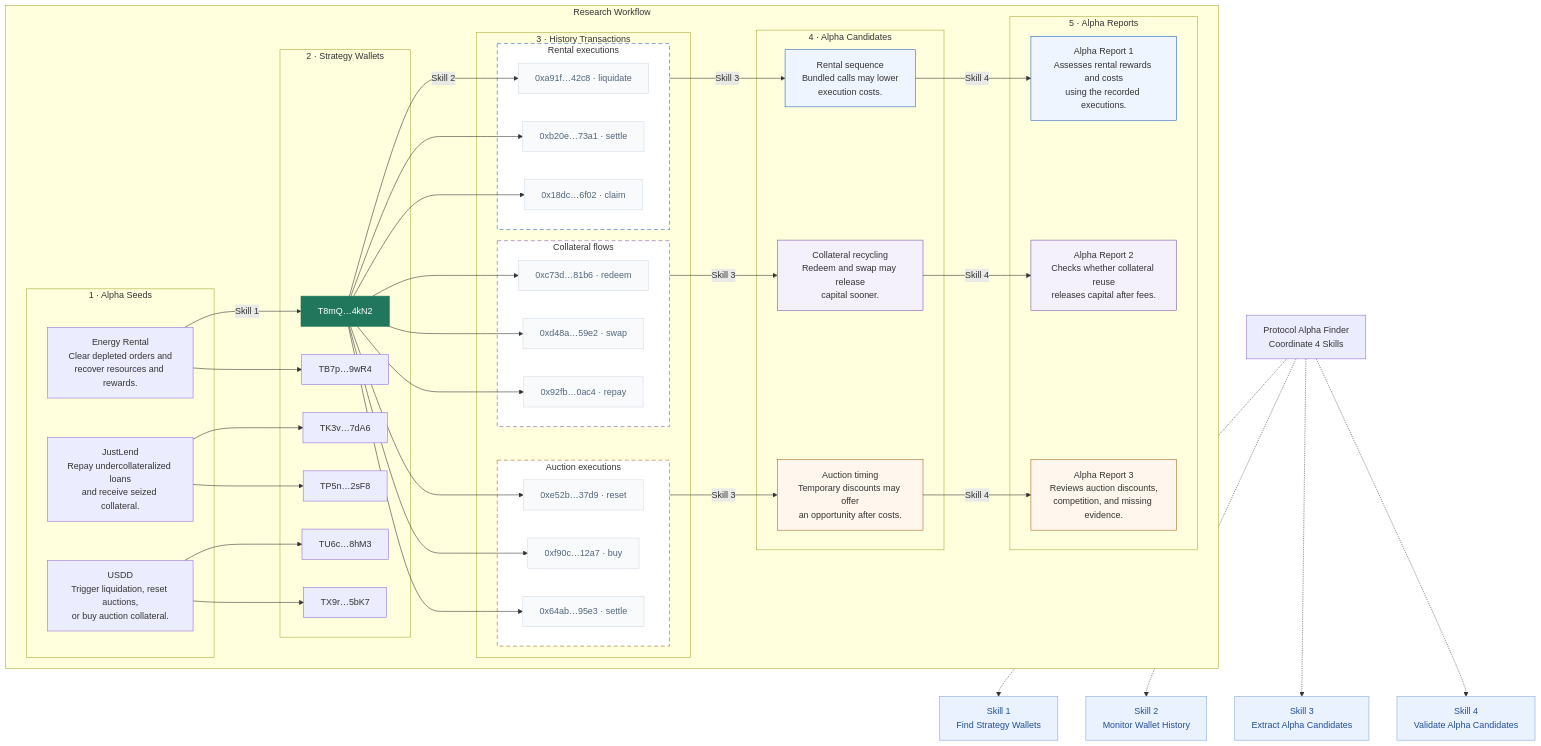
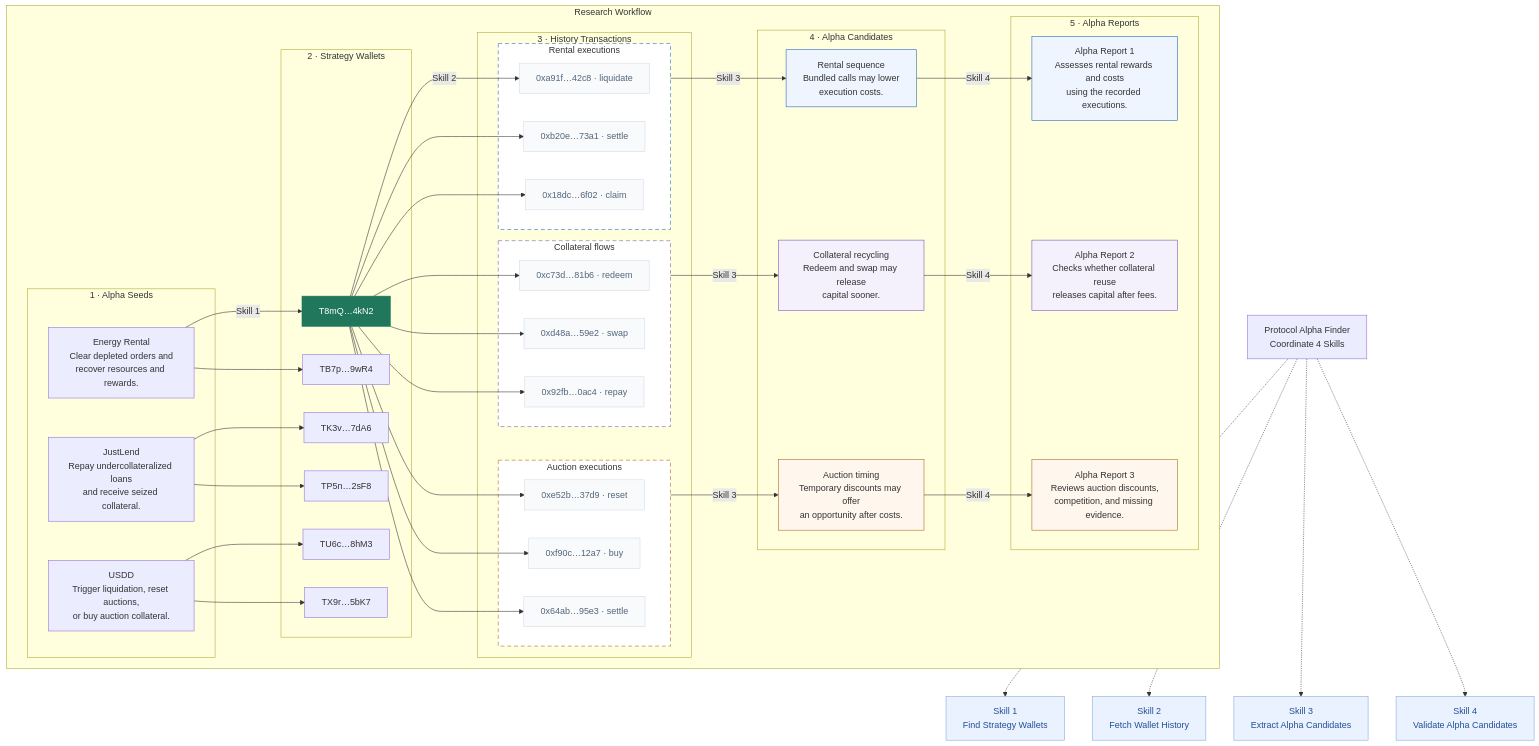
One commit to qinyh10300/protocol-alpha-finder changed the diagram in docs/diagrams/system-architecture-en.mmd. Above: the diagram before and after it, drawn with Mermaid. The commit also changed 5 other files, not shown here.

Commit message:
docs: align Skill 2 and label wallet history retrieval

```diff
--- a/docs/diagrams/system-architecture-en.mmd
+++ b/docs/diagrams/system-architecture-en.mmd
@@ -1,98 +1,98 @@
 flowchart TB
     subgraph FLOW["Research Workflow"]
         direction LR
         subgraph SEEDS["1 · Alpha Seeds"]
             SEED0["Energy Rental<br/>Clear depleted orders and<br/>recover resources and rewards."]
             SEED1["JustLend<br/>Repay undercollateralized loans<br/>and receive seized collateral."]
             SEED2["USDD<br/>Trigger liquidation, reset auctions,<br/>or buy auction collateral."]
         end
         subgraph WALLETS["2 · Strategy Wallets"]
             WALLET0["T8mQ…4kN2"]
             WALLET1["TB7p…9wR4"]
             WALLET2["TK3v…7dA6"]
             WALLET3["TP5n…2sF8"]
             WALLET4["TU6c…8hM3"]
             WALLET5["TX9r…5bK7"]
         end
         subgraph HISTORYS["3 · History Transactions"]
             subgraph HISTORY0["Rental executions"]
                 TX00["0xa91f…42c8 · liquidate"]
                 TX01["0xb20e…73a1 · settle"]
                 TX02["0x18dc…6f02 · claim"]
             end
             subgraph HISTORY1["Collateral flows"]
                 TX10["0xc73d…81b6 · redeem"]
                 TX11["0xd48a…59e2 · swap"]
                 TX12["0x92fb…0ac4 · repay"]
             end
             subgraph HISTORY2["Auction executions"]
                 TX20["0xe52b…37d9 · reset"]
                 TX21["0xf90c…12a7 · buy"]
                 TX22["0x64ab…95e3 · settle"]
             end
         end
         subgraph CANDIDATES["4 · Alpha Candidates"]
             CANDIDATE0["Rental sequence<br/>Bundled calls may lower<br/>execution costs."]
             CANDIDATE1["Collateral recycling<br/>Redeem and swap may release<br/>capital sooner."]
             CANDIDATE2["Auction timing<br/>Temporary discounts may offer<br/>an opportunity after costs."]
         end
         subgraph REPORTS["5 · Alpha Reports"]
             REPORT0["Alpha Report 1<br/>Assesses rental rewards and costs<br/>using the recorded executions."]
             REPORT1["Alpha Report 2<br/>Checks whether collateral reuse<br/>releases capital after fees."]
             REPORT2["Alpha Report 3<br/>Reviews auction discounts,<br/>competition, and missing evidence."]
         end
         SEED0 -->|Skill 1| WALLET0
         SEED0 --> WALLET1
         SEED1 --> WALLET2
         SEED1 --> WALLET3
         SEED2 --> WALLET4
         SEED2 --> WALLET5
         WALLET0 -->|Skill 2| TX00
         WALLET0 --> TX01
         WALLET0 --> TX02
         WALLET0 --> TX10
         WALLET0 --> TX11
         WALLET0 --> TX12
         WALLET0 --> TX20
         WALLET0 --> TX21
         WALLET0 --> TX22
         HISTORY0 -->|Skill 3| CANDIDATE0
         HISTORY1 -->|Skill 3| CANDIDATE1
         HISTORY2 -->|Skill 3| CANDIDATE2
         CANDIDATE0 -->|Skill 4| REPORT0
         CANDIDATE1 -->|Skill 4| REPORT1
         CANDIDATE2 -->|Skill 4| REPORT2
     end
     S1["Skill 1<br/>Find Strategy Wallets"]
-    S2["Skill 2<br/>Monitor Wallet History"]
+    S2["Skill 2<br/>Fetch Wallet History"]
     S3["Skill 3<br/>Extract Alpha Candidates"]
     S4["Skill 4<br/>Validate Alpha Candidates"]
     COORD["Protocol Alpha Finder<br/>Coordinate 4 Skills"]
     COORD -.-> S1
     COORD -.-> S2
     COORD -.-> S3
     COORD -.-> S4
     style WALLET0 fill:#20775b,stroke:#20775b,color:#ffffff
     style S1 fill:#eaf2ff,stroke:#83a8d8,color:#214f96
     style S2 fill:#eaf2ff,stroke:#83a8d8,color:#214f96
     style S3 fill:#eaf2ff,stroke:#83a8d8,color:#214f96
     style S4 fill:#eaf2ff,stroke:#83a8d8,color:#214f96
     style HISTORY0 fill:#ffffff,stroke:#2563b8,stroke-dasharray:7 5
     style CANDIDATE0 fill:#eff5ff,stroke:#2563b8
     style REPORT0 fill:#eff5ff,stroke:#2563b8
     style TX00 fill:#f8fafc,stroke:#d3dce6,color:#526579
     style TX01 fill:#f8fafc,stroke:#d3dce6,color:#526579
     style TX02 fill:#f8fafc,stroke:#d3dce6,color:#526579
     style HISTORY1 fill:#ffffff,stroke:#7953ad,stroke-dasharray:7 5
     style CANDIDATE1 fill:#f5f1fc,stroke:#7953ad
     style REPORT1 fill:#f5f1fc,stroke:#7953ad
     style TX10 fill:#f8fafc,stroke:#d3dce6,color:#526579
     style TX11 fill:#f8fafc,stroke:#d3dce6,color:#526579
     style TX12 fill:#f8fafc,stroke:#d3dce6,color:#526579
     style HISTORY2 fill:#ffffff,stroke:#a8661e,stroke-dasharray:7 5
     style CANDIDATE2 fill:#fff7ed,stroke:#a8661e
     style REPORT2 fill:#fff7ed,stroke:#a8661e
     style TX20 fill:#f8fafc,stroke:#d3dce6,color:#526579
     style TX21 fill:#f8fafc,stroke:#d3dce6,color:#526579
     style TX22 fill:#f8fafc,stroke:#d3dce6,color:#526579
-    %% Illustrative addresses, transactions, and report contents. The selected wallet connects to monitored transaction rows; three dashed evidence groups support three candidate hypotheses. Skill 4 validates each candidate to produce its own Alpha Report. Protocol Alpha Finder coordinates four operations. Monitoring currently uses manually initiated collection and review, with historical coverage recorded explicitly.
+    %% Illustrative addresses, transactions, and report contents. Skill 2 fetches the selected wallet's transaction history; three dashed evidence groups support three candidate hypotheses. Skill 4 validates each candidate to produce its own Alpha Report. Protocol Alpha Finder coordinates four operations. Collection and review are initiated manually, with historical coverage recorded explicitly.
```
